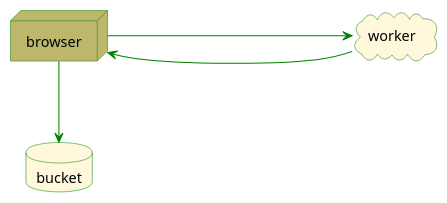
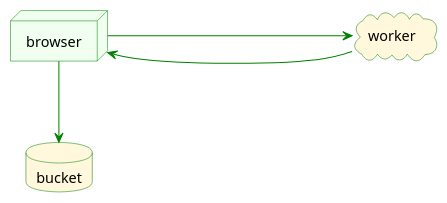
Before and after one commit to qqap/log: the diagram in plantuml/put.plantuml, drawn with PlantUML. The commit also changed 3 other files, not shown here.

```diff
--- a/plantuml/put.plantuml
+++ b/plantuml/put.plantuml
@@ -1,19 +1,19 @@
 @startuml
 
 <style>
 componentDiagram {
   LineColor Green
 }
 </style>
 
 
-node browser as b #darkkhaki
+node browser as b #honeydew
 cloud worker as w #cornsilk
 database bucket as bu #cornsilk
 
 b -> w : <color:White>Requests pre-signed URL for PUT<color:White>
 w -> b : <color:White>Sends pre-signed URL for PUT<color:White>
 b --> bu : <color:White>  PUT with pre-signed URL<color:White>
 
 
 @enduml
```
